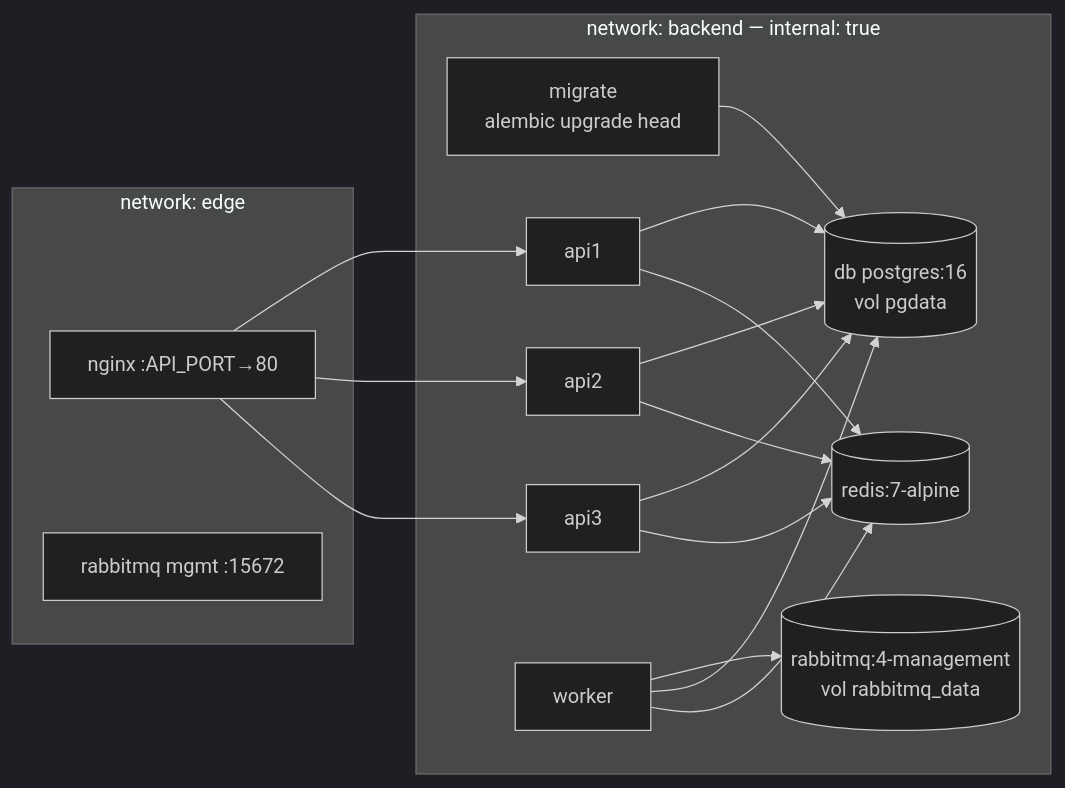
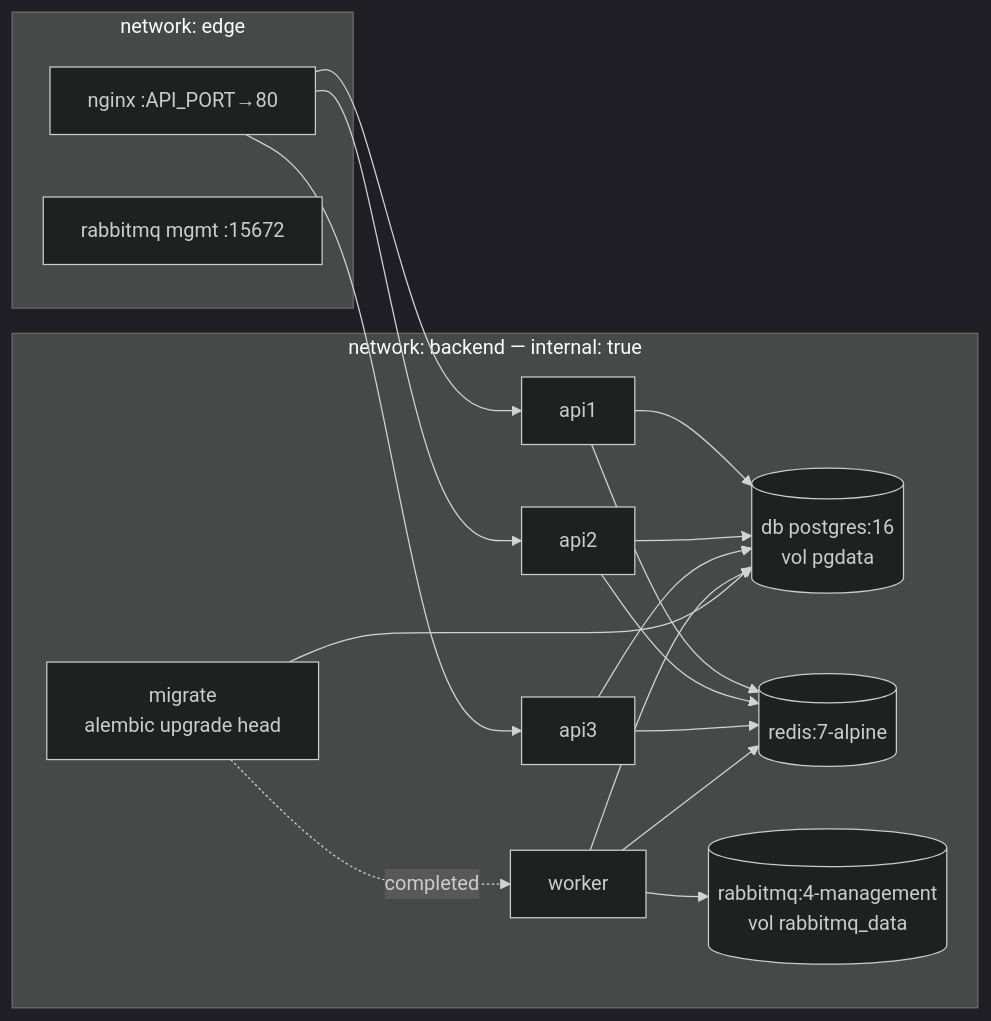
Before and after one commit to YakymivDanylo/Fleet-management: the first of 3 diagrams in docs/isd.md, drawn with Mermaid (dark theme). The commit also changed other lines of this file and 4 other files, not shown here.

````diff
--- a/docs/isd.md
+++ b/docs/isd.md
@@ -58,19 +58,20 @@
 ```mermaid
 flowchart LR
   subgraph edge[network: edge]
     NGX[nginx :API_PORT→80]
     MQUI[rabbitmq mgmt :15672]
   end
   subgraph backend[network: backend — internal: true]
     DB[(db postgres:16<br/>vol pgdata)]
     RD[(redis:7-alpine)]
     MQ[(rabbitmq:4-management<br/>vol rabbitmq_data)]
     MIG[migrate<br/>alembic upgrade head]
+    MIG -. completed .-> W
     A1[api1] & A2[api2] & A3[api3]
     W[worker]
   end
   NGX --> A1 & A2 & A3
   A1 & A2 & A3 --> DB & RD
   W --> MQ & DB & RD
   MIG --> DB
 ```
````
